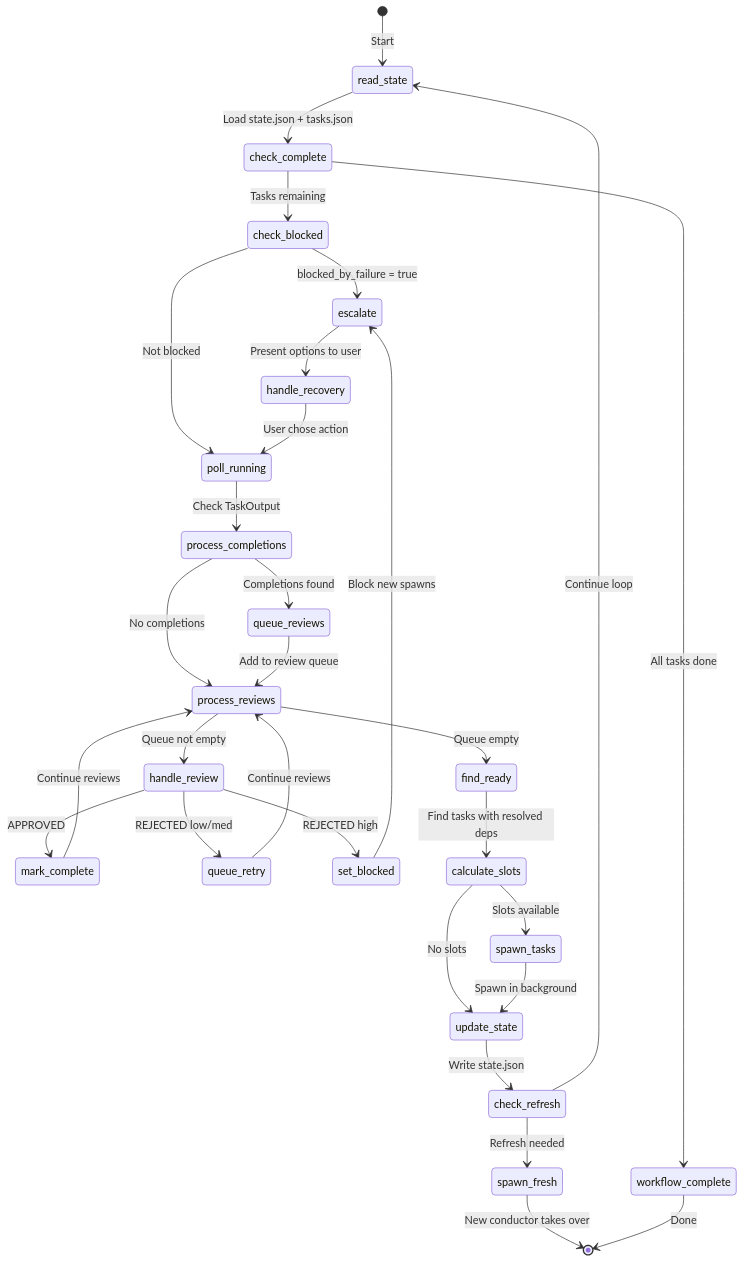
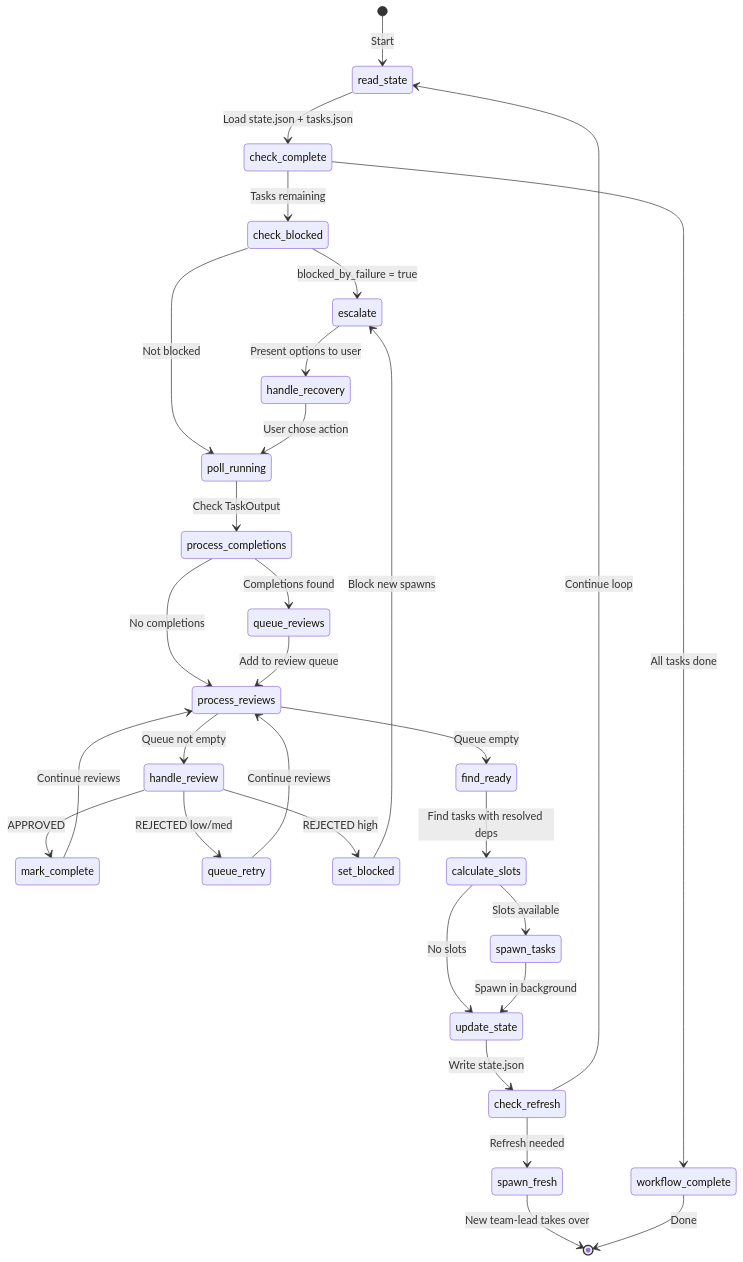
One commit to Zxela/claude-create changed the fifth of 7 diagrams in diagrams/state-machine.md. Above: the diagram before and after it, drawn with Mermaid. The commit also changed other lines of this file and 5 other files, not shown here.

First line of the commit message:
fix: replace conductor with team-lead in diagrams, fix model assignments and phase transitions (#11)

````diff
--- a/diagrams/state-machine.md
+++ b/diagrams/state-machine.md
@@ -133,49 +139,49 @@
 ```mermaid
 stateDiagram-v2
     [*] --> read_state: Start
 
     read_state --> check_complete: Load state.json + tasks.json
 
     check_complete --> workflow_complete: All tasks done
     check_complete --> check_blocked: Tasks remaining
 
     check_blocked --> escalate: blocked_by_failure = true
     check_blocked --> poll_running: Not blocked
 
     escalate --> handle_recovery: Present options to user
     handle_recovery --> poll_running: User chose action
 
     poll_running --> process_completions: Check TaskOutput
 
     process_completions --> queue_reviews: Completions found
     process_completions --> process_reviews: No completions
 
     queue_reviews --> process_reviews: Add to review queue
 
     process_reviews --> handle_review: Queue not empty
     process_reviews --> find_ready: Queue empty
 
     handle_review --> mark_complete: APPROVED
     handle_review --> queue_retry: REJECTED low/med
     handle_review --> set_blocked: REJECTED high
 
     mark_complete --> process_reviews: Continue reviews
     queue_retry --> process_reviews: Continue reviews
     set_blocked --> escalate: Block new spawns
 
     find_ready --> calculate_slots: Find tasks with resolved deps
 
     calculate_slots --> spawn_tasks: Slots available
     calculate_slots --> update_state: No slots
 
     spawn_tasks --> update_state: Spawn in background
 
     update_state --> check_refresh: Write state.json
 
     check_refresh --> spawn_fresh: Refresh needed
     check_refresh --> read_state: Continue loop
 
-    spawn_fresh --> [*]: New conductor takes over
+    spawn_fresh --> [*]: New team-lead takes over
 
     workflow_complete --> [*]: Done
 ```
````
